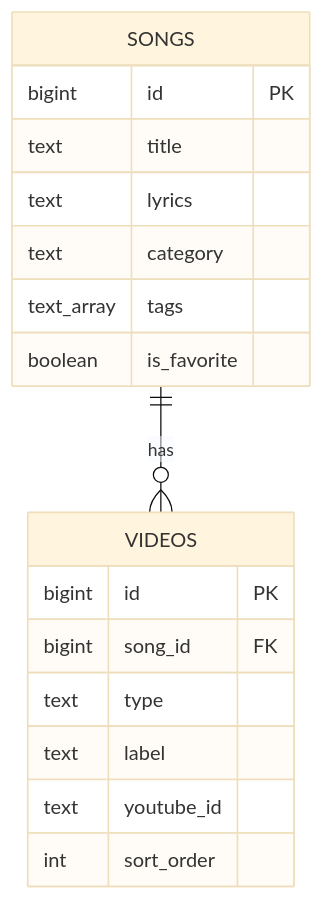
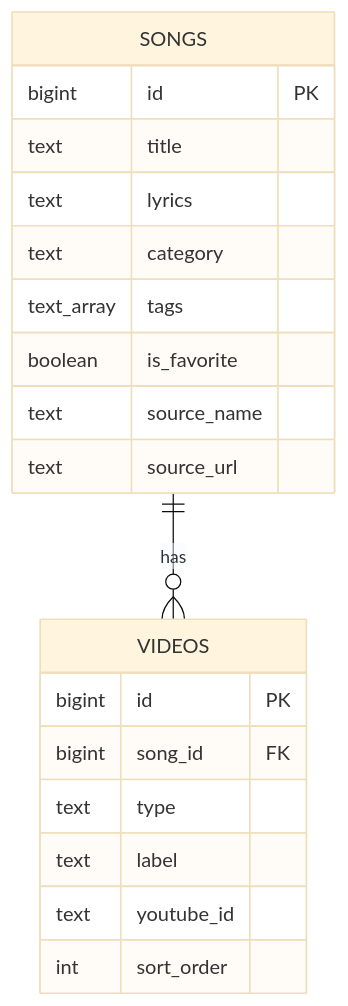
The diagram in docs/data/ERD_SPEC.md (hi-hhanjo/incheon_web_flatform), drawn with Mermaid (base theme) before and after one commit. The commit also changed other lines of this file and 12 other files, not shown here.

````diff
--- a/docs/data/ERD_SPEC.md
+++ b/docs/data/ERD_SPEC.md
@@ -60,22 +74,24 @@
 ```mermaid
 erDiagram
     SONGS ||--o{ VIDEOS : has
 
     SONGS {
         bigint id PK
         text title
         text lyrics
         text category
         text_array tags
         boolean is_favorite
+        text source_name
+        text source_url
     }
 
     VIDEOS {
         bigint id PK
         bigint song_id FK
         text type
         text label
         text youtube_id
         int sort_order
     }
 ```
````
